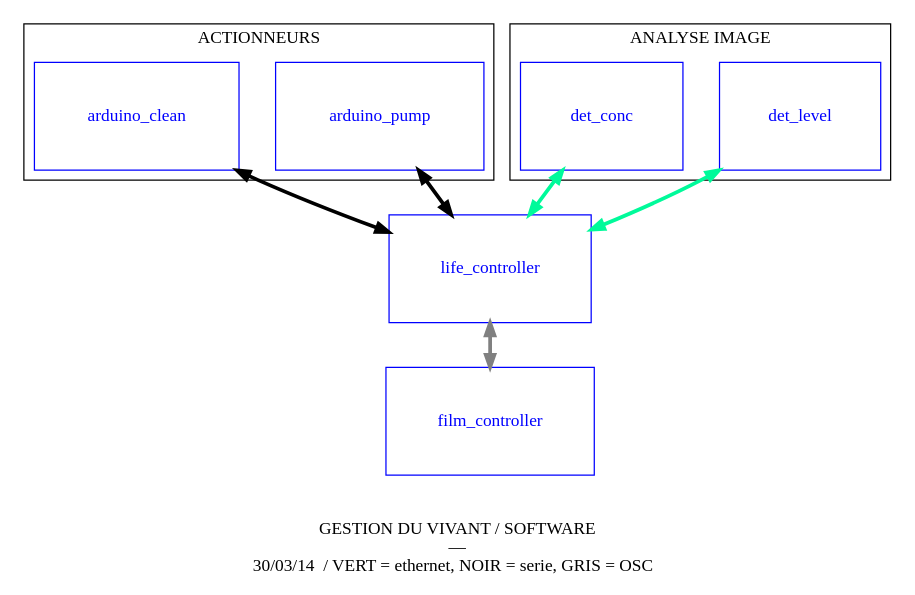
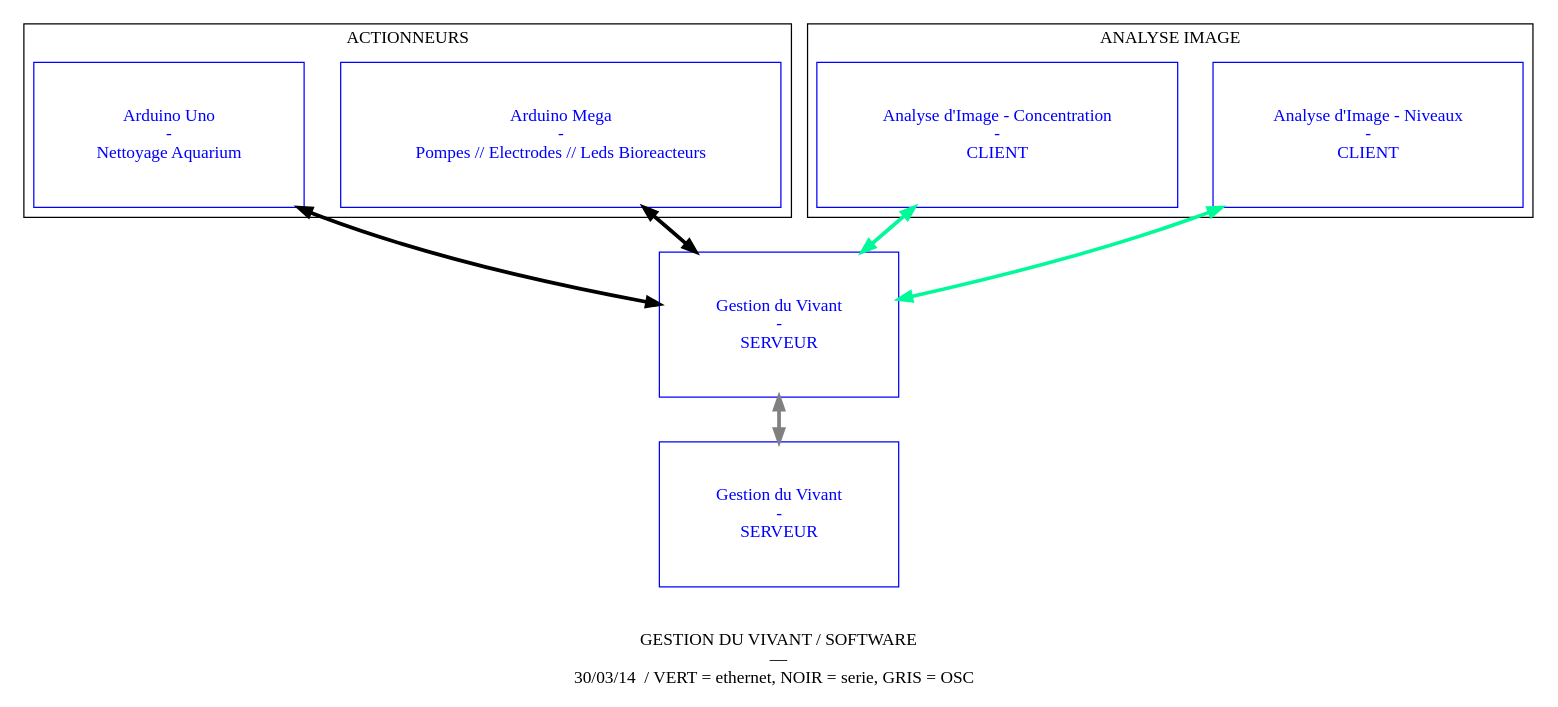
The diagram in doc/Archi_Soft.dot (dcfvg/temporium), drawn with Graphviz before and after one commit. The commit also changed 1 other file, not shown here.

```diff
--- a/doc/Archi_Soft.dot
+++ b/doc/Archi_Soft.dot
@@ -1,69 +1,70 @@
 	digraph {
 	 label="\n\nGESTION DU VIVANT / SOFTWARE \n— \n30/03/14  / VERT = ethernet, NOIR = serie, GRIS = OSC  "
 	 rankdir="TP"
 	 nodesep = .4
 	
 	layout=dot
 	 
 	 fontsize=14
 	 fontname="myriadpro"
 	 
 	 node[fontsize=14, fontname="myriadpro", fontcolor=blue, color=blue, shape=house]
 	 edge[fontsize=10, fontname="monaco", color=green]
 
 
 subgraph organs {
 	     
 	//	node[height = 2, width = 1, shape=box, color=mediumspringgreen, fontcolor=darkgreen, penwidth=3]
 		 node[fontsize=14, fontname="myriadpro", fontcolor=blue, color=blue, shape=box, margin = 0.5]
 			
-	    arduino_pump
-	    arduino_clean
+	    arduino_pump [label ="Arduino Mega\n - \n Pompes // Electrodes // Leds Bioreacteurs "]
+	    arduino_clean [label ="Arduino Uno\n - \n Nettoyage Aquarium "]
 	    
-	 	life_controller
-	       
+	 	life_controller [label ="Gestion du Vivant \n - \n SERVEUR"]
+	    
+	    det_level [label ="Analyse d'Image - Niveaux \n - \n CLIENT"]
+	    det_conc [label ="Analyse d'Image - Concentration \n - \n CLIENT"]
 	  	
-	 	film_controller
+	 	film_controller [label ="Gestion du Vivant \n - \n SERVEUR"]
 	 	
-	    det_level
-	    det_conc
+	    
 		
 		
 		subgraph cluster_culture {
 	 		label="ANALYSE IMAGE"
 	 		det_level
 	    det_conc
 	 	}
 	 	
 	 	subgraph cluster_aquarium {
 	 		label="ACTIONNEURS"
 	 		node[height = 2, width = 1]
 	 		
 	 		arduino_pump
 	 		arduino_clean
 	 	}
 	}
 	
 	//RELATION 
 	subgraph fluid {
 		edge[penwidth=3, color=mediumspringgrey, dir = both,label=""]
 		
 	arduino_pump -> life_controller
 	arduino_clean -> life_controller
 	
 	edge[penwidth=3, color=mediumspringgreen, dir = both, label=""] 
 	
 	det_level -> life_controller
 	det_conc -> life_controller
 	
 	edge[penwidth=3, color=grey, dir = both, label = ""] 
 	
 	life_controller -> film_controller
 	
 	
 
 		
 	}
 	
 	
 }
```
